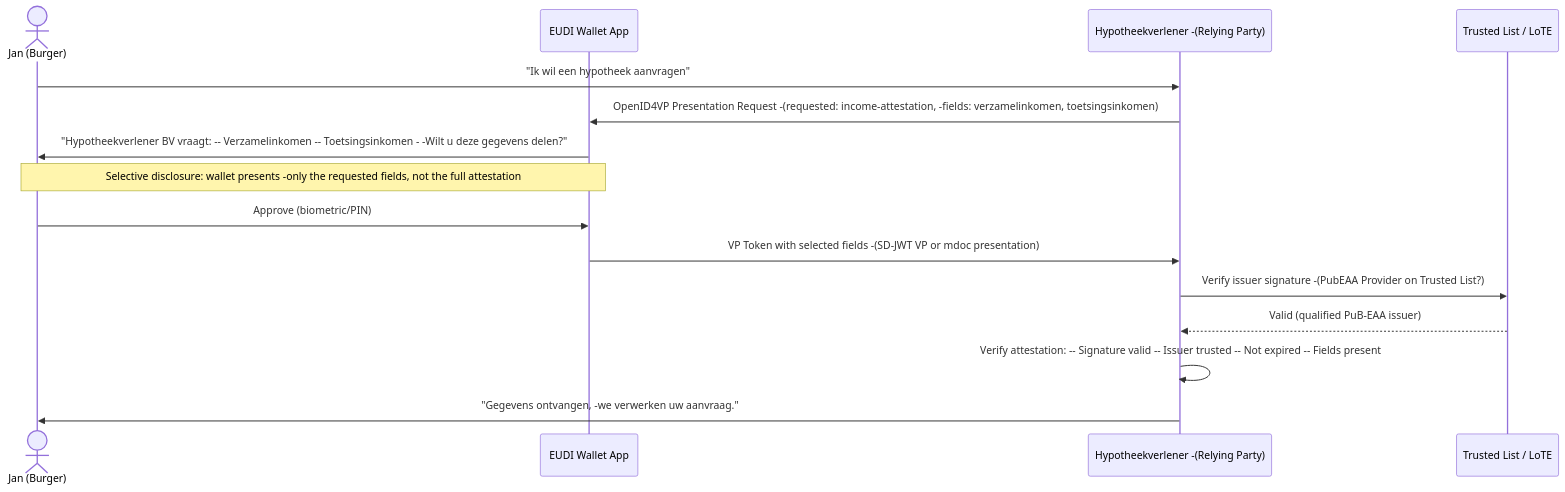
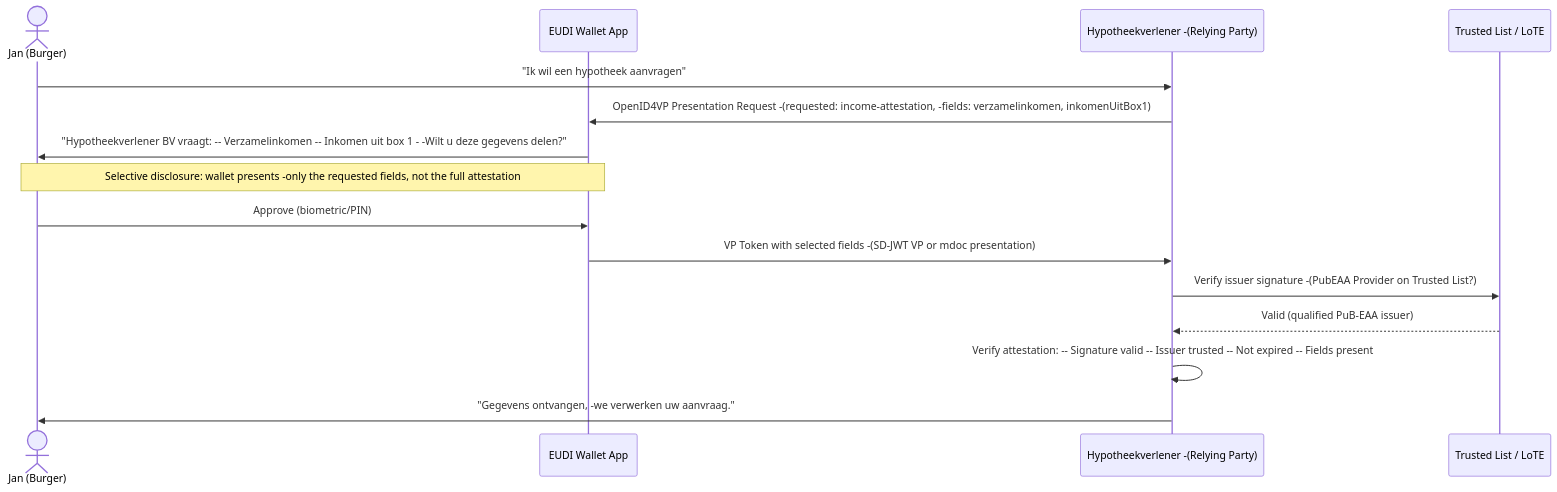
Before and after one commit to ICTU/GBO: diagram 12 of 14 in docs/ref-arch/gbo-reference-architecture.md, drawn with Mermaid. The commit also changed other lines of this file, not shown here.

````diff
--- a/docs/ref-arch/gbo-reference-architecture.md
+++ b/docs/ref-arch/gbo-reference-architecture.md
@@ -925,25 +1044,25 @@
 ```mermaid
 sequenceDiagram
     actor Jan as Jan (Burger)
     participant WALLET as EUDI Wallet App
     participant HV as Hypotheekverlener -(Relying Party)
     participant LOTE as Trusted List / LoTE
 
     Jan->>HV: "Ik wil een hypotheek aanvragen"
-    HV->>WALLET: OpenID4VP Presentation Request -(requested: income-attestation, -fields: verzamelinkomen, toetsingsinkomen)
+    HV->>WALLET: OpenID4VP Presentation Request -(requested: income-attestation, -fields: verzamelinkomen, inkomenUitBox1)
 
-    WALLET->>Jan: "Hypotheekverlener BV vraagt: -- Verzamelinkomen -- Toetsingsinkomen - -Wilt u deze gegevens delen?"
+    WALLET->>Jan: "Hypotheekverlener BV vraagt: -- Verzamelinkomen -- Inkomen uit box 1 - -Wilt u deze gegevens delen?"
 
     Note over Jan,WALLET: Selective disclosure: wallet presents -only the requested fields, not the full attestation
 
     Jan->>WALLET: Approve (biometric/PIN)
 
     WALLET->>HV: VP Token with selected fields -(SD-JWT VP or mdoc presentation)
 
     HV->>LOTE: Verify issuer signature -(PubEAA Provider on Trusted List?)
     LOTE-->>HV: Valid (qualified PuB-EAA issuer)
 
     HV->>HV: Verify attestation: -- Signature valid -- Issuer trusted -- Not expired -- Fields present
 
     HV->>Jan: "Gegevens ontvangen, -we verwerken uw aanvraag."
 ```
````
